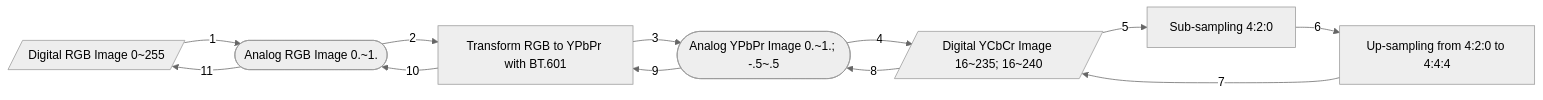
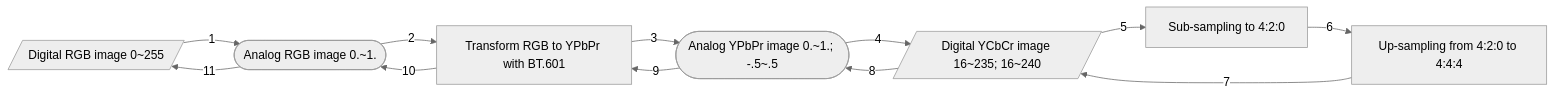
The first of 4 diagrams in outputs/README.tmp.md (AsherJingkongChen/video-compression-assignment), drawn with Mermaid (neutral theme) before and after one commit. The commit also changed other lines of this file and 19 other files, not shown here.

````diff
--- a/outputs/README.tmp.md
+++ b/outputs/README.tmp.md
@@ -61,22 +61,22 @@
 ```mermaid
 graph LR
-    drgb[/Digital RGB Image 0~255/]
-    argb([Analog RGB Image 0.~1.])
+    drgb[/Digital RGB image 0~255/]
+    argb([Analog RGB image 0.~1.])
     tran[Transform RGB to YPbPr with BT.601]
-    ayuv([Analog YPbPr Image 0.~1.; -.5~.5])
-    dyuv[/Digital YCbCr Image 16~235; 16~240/]
-    sub[Sub-sampling 4:2:0]
+    ayuv([Analog YPbPr image 0.~1.; -.5~.5])
+    dyuv[/Digital YCbCr image 16~235; 16~240/]
+    sub[Sub-sampling to 4:2:0]
     ups[Up-sampling from 4:2:0 to 4:4:4]
 
     drgb -->|1| argb
     argb -->|2| tran
     tran -->|3| ayuv
     ayuv -->|4| dyuv
     dyuv -->|5| sub
     sub -->|6| ups
     ups -->|7| dyuv
     dyuv -->|8| ayuv
     ayuv -->|9| tran
     tran -->|10| argb
     argb -->|11| drgb
 ```
````
